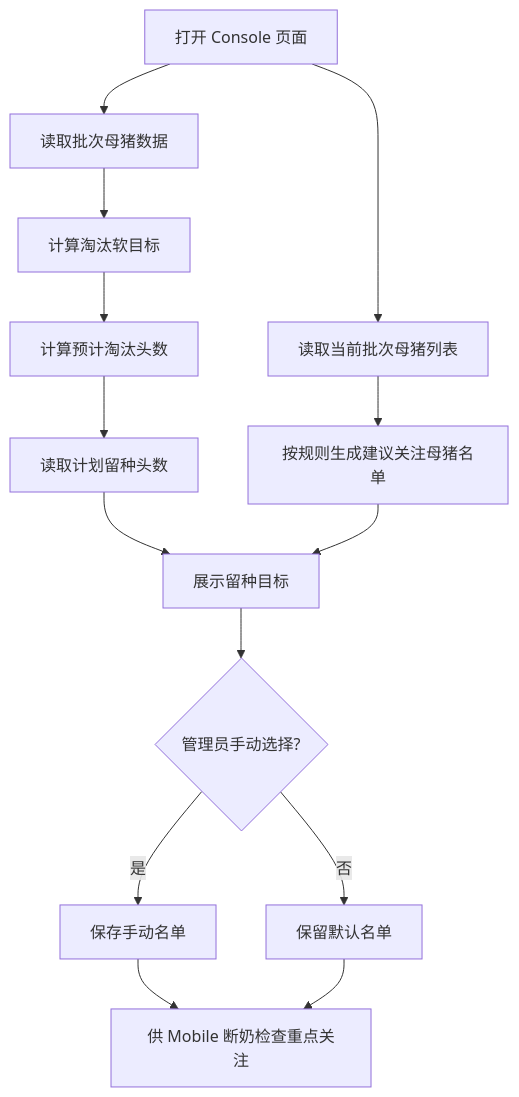
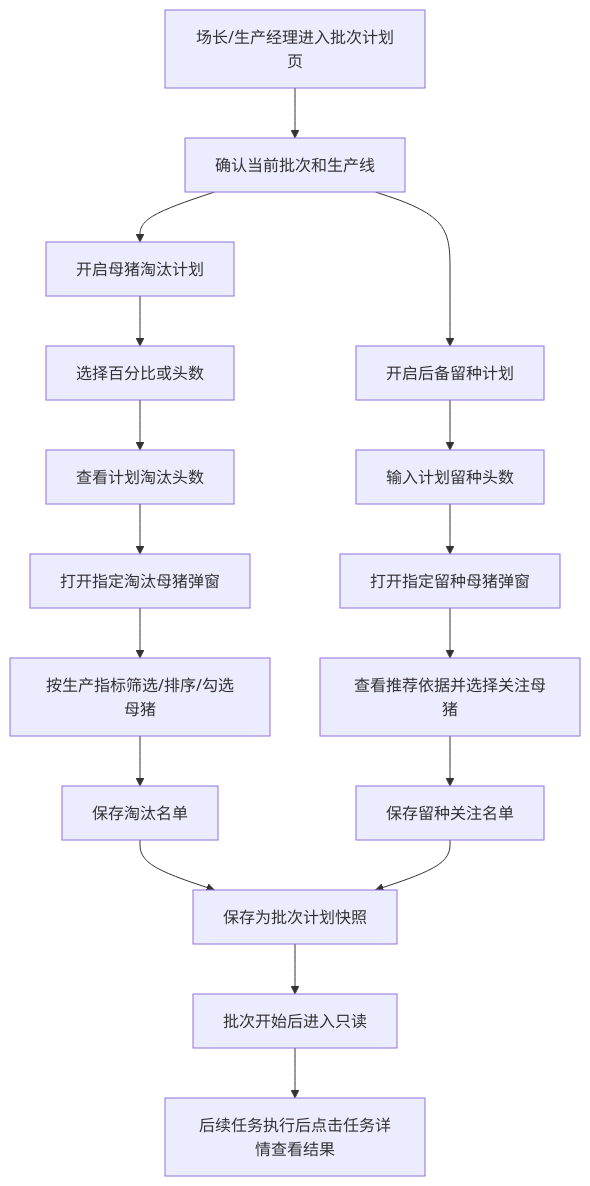
One commit to 91Dhua/Vaccine changed the second of 2 diagrams in prds/culling&replacement/01-console-母猪淘汰计划&后备留种计划.md. Above: the diagram before and after it, drawn with Mermaid. The commit also changed other lines of this file and 22 other files, not shown here.

Commit message:
Refine mobile task flows and vaccine planning UX

````diff
--- a/prds/culling&replacement/01-console-母猪淘汰计划&后备留种计划.md
+++ b/prds/culling&replacement/01-console-母猪淘汰计划&后备留种计划.md
@@ -35,16 +95,19 @@
 ```mermaid
 flowchart TD
-  A[打开 Console 页面] --> B[读取批次母猪数据]
-  A --> C[读取当前批次母猪列表]
-  B --> D[计算淘汰软目标]
-  D --> E[计算预计淘汰头数]
-  E --> F[读取计划留种头数]
-  C --> G[按规则生成建议关注母猪名单]
-  F --> H[展示留种目标]
-  G --> H
-  H --> I{管理员手动选择?}
-  I -->|是| J[保存手动名单]
-  I -->|否| K[保留默认名单]
-  J --> L[供 Mobile 断奶检查重点关注]
-  K --> L
+  A[场长/生产经理进入批次计划页] --> B[确认当前批次和生产线]
+  B --> C[开启母猪淘汰计划]
+  C --> D[选择百分比或头数]
+  D --> E[查看计划淘汰头数]
+  E --> F[打开指定淘汰母猪弹窗]
+  F --> G[按生产指标筛选/排序/勾选母猪]
+  G --> H[保存淘汰名单]
+  B --> I[开启后备留种计划]
+  I --> J[输入计划留种头数]
+  J --> K[打开指定留种母猪弹窗]
+  K --> L[查看推荐依据并选择关注母猪]
+  L --> M[保存留种关注名单]
+  H --> N[保存为批次计划快照]
+  M --> N
+  N --> O[批次开始后进入只读]
+  O --> P[后续任务执行后点击任务详情查看结果]
 ```
````
